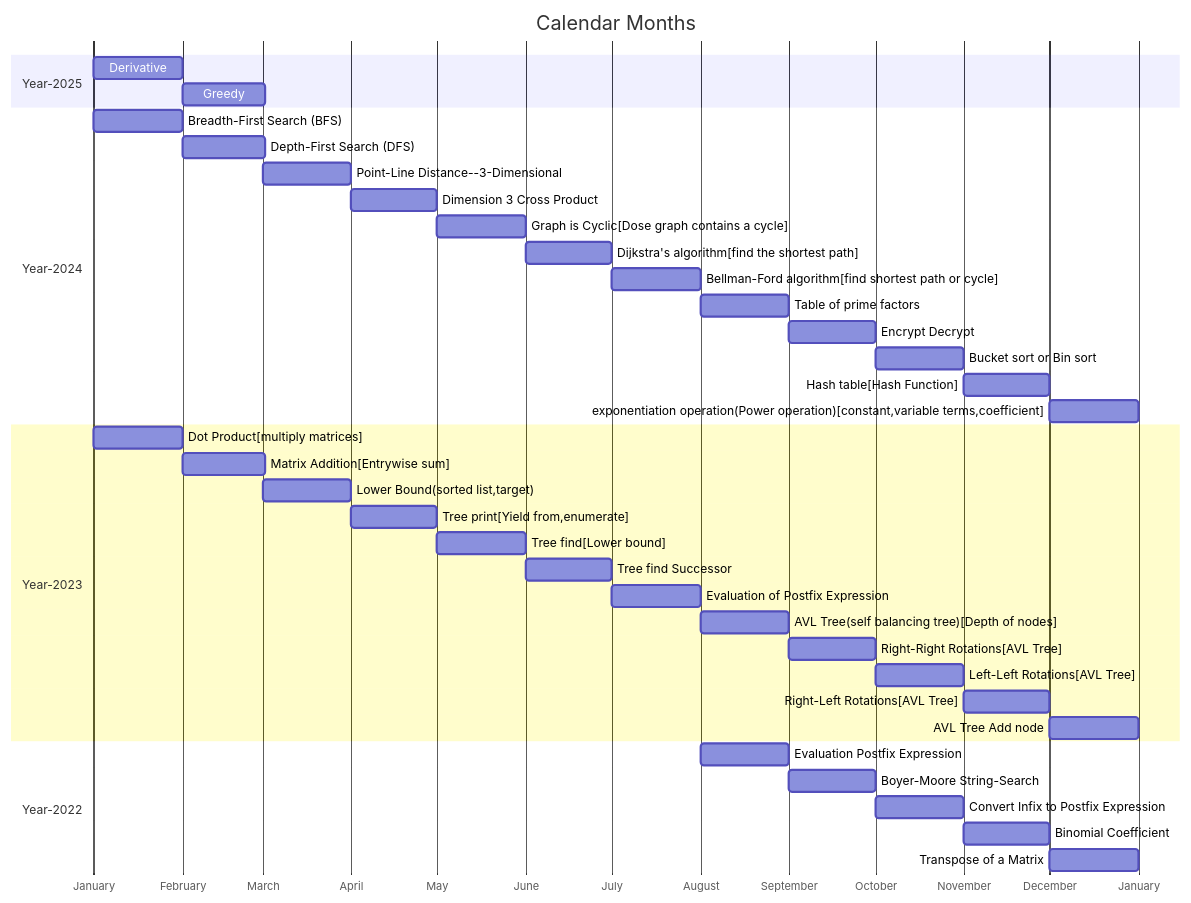
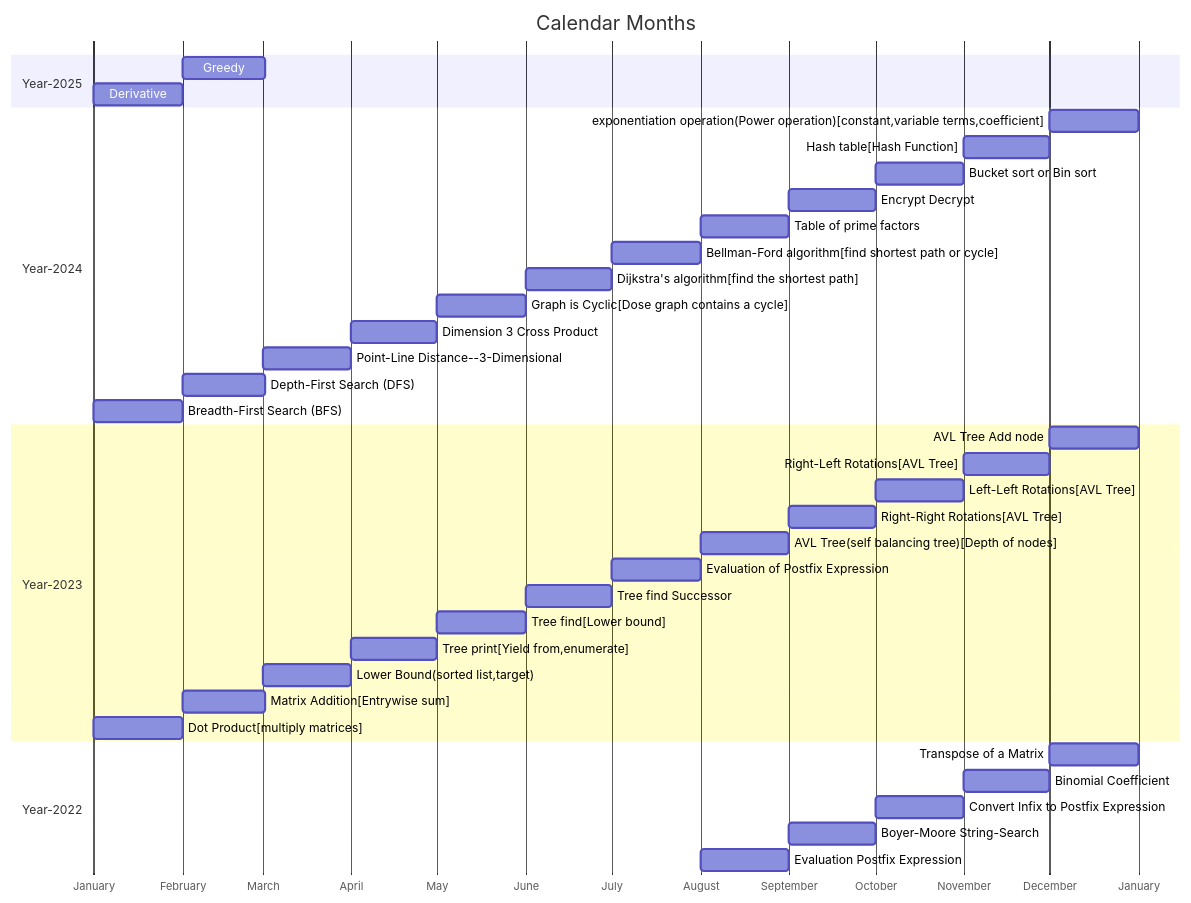
One commit to softtiny/docs.calendar changed the diagram in src/calendar.md. Above: the diagram before and after it, drawn with Mermaid. The commit also changed other lines of this file, not shown here.

````diff
--- a/src/calendar.md
+++ b/src/calendar.md
@@ -2,41 +2,41 @@
 ```mermaid
 gantt
     title Calendar Months
     dateFormat MM-DD
     axisFormat %B
     section Year-2025
+        Greedy          :02-01, 29d
         Derivative          :01-01, 31d
-        Greedy          :02-01, 29d
     section Year-2024
+        exponentiation operation(Power operation)[constant,variable terms,coefficient]  :12-01, 31d
+        Hash table[Hash Function]  :11-01, 30d
+        Bucket sort or Bin sort  :10-01, 31d
+        Encrypt Decrypt  :09-01, 30d
+        Table of prime factors  :08-01, 31d
+        Bellman-Ford algorithm[find shortest path or cycle] :07-01, 31d
+        Dijkstra's algorithm[find the shortest path] :06-01, 30d
+        Graph is Cyclic[Dose graph contains a cycle]  :05-01, 31d
+        Dimension 3 Cross Product  :04-01, 30d
+        Point-Line Distance--3-Dimensional  :03-01, 31d
+        Depth-First Search (DFS)          :02-01, 29d
         Breadth-First Search (BFS)          :01-01, 31d
-        Depth-First Search (DFS)          :02-01, 29d
-        Point-Line Distance--3-Dimensional  :03-01, 31d
-        Dimension 3 Cross Product  :04-01, 30d
-        Graph is Cyclic[Dose graph contains a cycle]  :05-01, 31d
-        Dijkstra's algorithm[find the shortest path] :06-01, 30d
-        Bellman-Ford algorithm[find shortest path or cycle] :07-01, 31d
-        Table of prime factors  :08-01, 31d
-        Encrypt Decrypt  :09-01, 30d
-        Bucket sort or Bin sort  :10-01, 31d
-        Hash table[Hash Function]  :11-01, 30d
-        exponentiation operation(Power operation)[constant,variable terms,coefficient]  :12-01, 31d
     section Year-2023
+        AVL Tree Add node :12-01, 31d
+        Right-Left Rotations[AVL Tree] :11-01, 30d
+        Left-Left Rotations[AVL Tree] :10-01, 31d
+        Right-Right Rotations[AVL Tree] :09-01, 30d
+        AVL Tree(self balancing tree)[Depth of nodes] :08-01, 31d
+        Evaluation of Postfix Expression :07-01, 31d
+        Tree find Successor :06-01, 30d
+        Tree find[Lower bound] :05-01, 31d
+        Tree print[Yield from,enumerate] :04-01, 30d
+        Lower Bound(sorted list,target) :03-01, 31d
+        Matrix Addition[Entrywise sum] :02-01, 29d
         Dot Product[multiply matrices] :01-01, 31d
-        Matrix Addition[Entrywise sum] :02-01, 29d
-        Lower Bound(sorted list,target) :03-01, 31d
-        Tree print[Yield from,enumerate] :04-01, 30d
-        Tree find[Lower bound] :05-01, 31d
-        Tree find Successor :06-01, 30d
-        Evaluation of Postfix Expression :07-01, 31d
-        AVL Tree(self balancing tree)[Depth of nodes] :08-01, 31d
-        Right-Right Rotations[AVL Tree] :09-01, 30d
-        Left-Left Rotations[AVL Tree] :10-01, 31d
-        Right-Left Rotations[AVL Tree] :11-01, 30d
-        AVL Tree Add node :12-01, 31d
     section Year-2022
+        Transpose of a Matrix :12-01, 31d
+        Binomial Coefficient :11-01, 30d
+        Convert Infix to Postfix Expression :10-01, 31d
+        Boyer-Moore String-Search :09-01, 30d
         Evaluation Postfix Expression :08-01, 31d
-        Boyer-Moore String-Search :09-01, 30d
-        Convert Infix to Postfix Expression :10-01, 31d
-        Binomial Coefficient :11-01, 30d
-        Transpose of a Matrix :12-01, 31d
 ```
````
